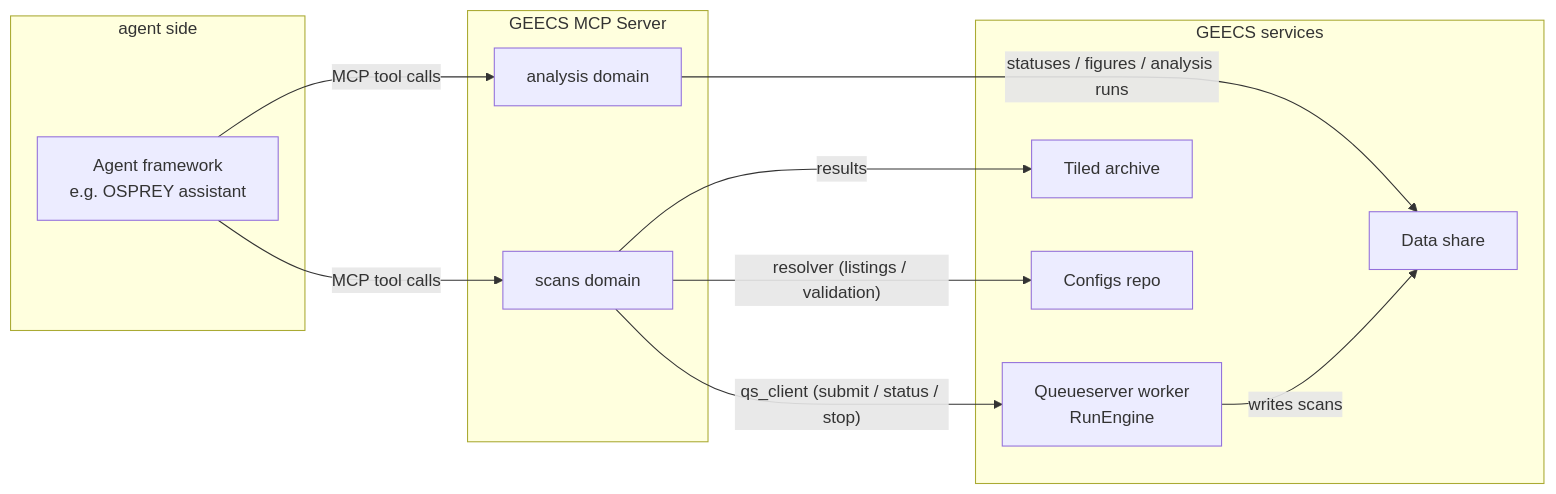
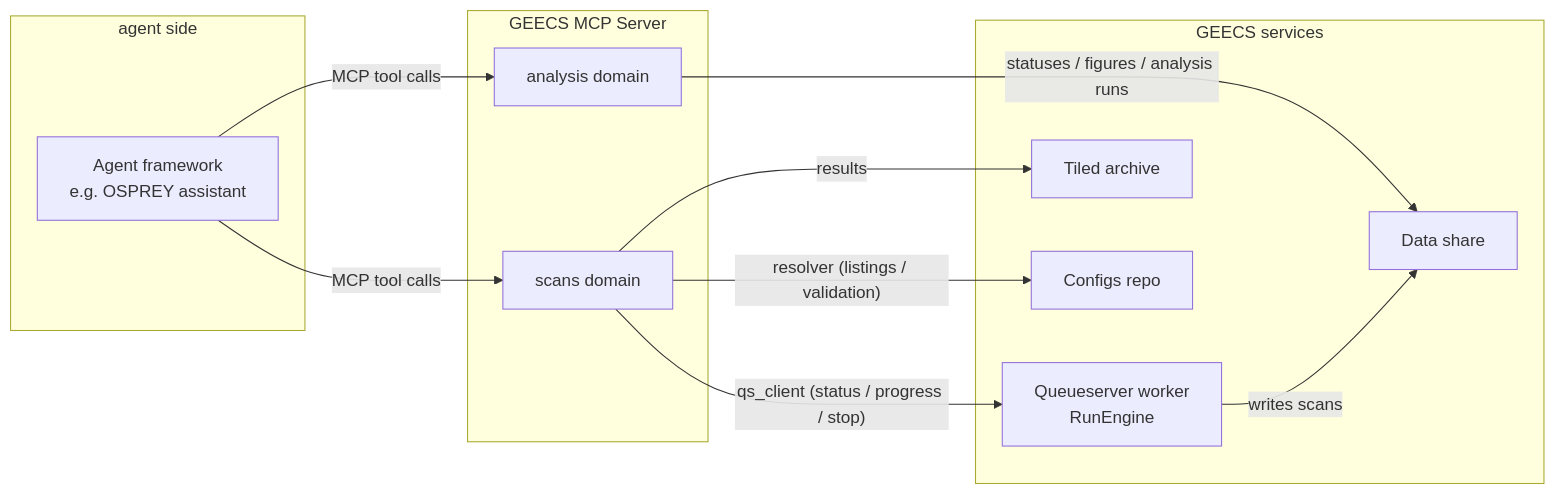
Before and after one commit to GEECS-BELLA/GEECS-Plugins: the diagram in docs/geecs_mcp/overview.md, drawn with Mermaid. The commit also changed other lines of this file and 15 other files, not shown here.

````diff
--- a/docs/geecs_mcp/overview.md
+++ b/docs/geecs_mcp/overview.md
@@ -65,23 +67,23 @@
 ```mermaid
 flowchart LR
     subgraph agent side
         O[Agent framework<br/>e.g. OSPREY assistant]
     end
     subgraph geecs-mcp [GEECS MCP Server]
         S[scans domain]
         A[analysis domain]
     end
     subgraph services [GEECS services]
         Q[Queueserver worker<br/>RunEngine]
         T[Tiled archive]
         C[Configs repo]
         D[Data share]
     end
     O -- "MCP tool calls" --> S
     O -- "MCP tool calls" --> A
-    S -- "qs_client (submit / status / stop)" --> Q
+    S -- "qs_client (status / progress / stop)" --> Q
     S -- "resolver (listings / validation)" --> C
     S -- "results" --> T
     A -- "statuses / figures / analysis runs" --> D
     Q -- "writes scans" --> D
 ```
````
